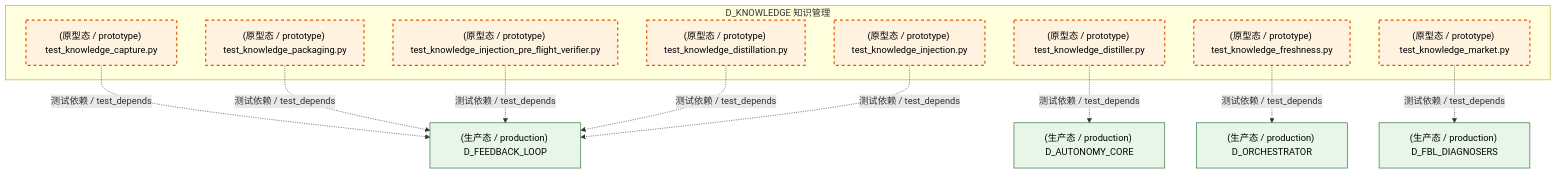
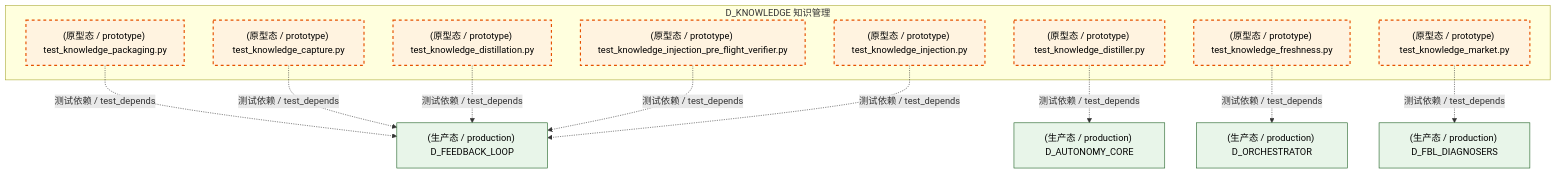
The second of 5 diagrams in docs/02_enterprise_architecture/02_domain_architecture_docs/48_d_knowledge.md (xuanFelixVan/ZephyrAlpha), drawn with Mermaid before and after one commit. The commit also changed other lines of this file and 100 other files, not shown here.

````diff
--- a/docs/02_enterprise_architecture/02_domain_architecture_docs/48_d_knowledge.md
+++ b/docs/02_enterprise_architecture/02_domain_architecture_docs/48_d_knowledge.md
@@ -176,31 +176,31 @@
 ```mermaid
 graph TD
     subgraph D_KNOWLEDGE["D_KNOWLEDGE 知识管理"]
         tests_knowledge_engine_test_knowledge_capture_py["(原型态 / prototype) test_knowledge_capture.py"]
         tests_knowledge_engine_test_knowledge_distillation_py["(原型态 / prototype) test_knowledge_distillation.py"]
         tests_knowledge_engine_test_knowledge_distiller_py["(原型态 / prototype) test_knowledge_distiller.py"]
         tests_knowledge_engine_test_knowledge_freshness_py["(原型态 / prototype) test_knowledge_freshness.py"]
         tests_knowledge_engine_test_knowledge_injection_py["(原型态 / prototype) test_knowledge_injection.py"]
         tests_knowledge_engine_test_knowledge_injection_pre_flight_verifier_py["(原型态 / prototype) test_knowledge_injection_pre_flight_verifier.py"]
         tests_knowledge_engine_test_knowledge_market_py["(原型态 / prototype) test_knowledge_market.py"]
         tests_knowledge_engine_test_knowledge_packaging_py["(原型态 / prototype) test_knowledge_packaging.py"]
     end
+    D_FEEDBACK_LOOP["(生产态 / production) D_FEEDBACK_LOOP"]
+    tests_knowledge_engine_test_knowledge_packaging_py -.->|测试依赖 / test_depends| D_FEEDBACK_LOOP
+    D_AUTONOMY_CORE["(生产态 / production) D_AUTONOMY_CORE"]
+    tests_knowledge_engine_test_knowledge_distiller_py -.->|测试依赖 / test_depends| D_AUTONOMY_CORE
+    tests_knowledge_engine_test_knowledge_capture_py -.->|测试依赖 / test_depends| D_FEEDBACK_LOOP
+    tests_knowledge_engine_test_knowledge_distillation_py -.->|测试依赖 / test_depends| D_FEEDBACK_LOOP
     D_FBL_DIAGNOSERS["(生产态 / production) D_FBL_DIAGNOSERS"]
     tests_knowledge_engine_test_knowledge_market_py -.->|测试依赖 / test_depends| D_FBL_DIAGNOSERS
-    D_AUTONOMY_CORE["(生产态 / production) D_AUTONOMY_CORE"]
-    tests_knowledge_engine_test_knowledge_distiller_py -.->|测试依赖 / test_depends| D_AUTONOMY_CORE
-    D_FEEDBACK_LOOP["(生产态 / production) D_FEEDBACK_LOOP"]
-    tests_knowledge_engine_test_knowledge_capture_py -.->|测试依赖 / test_depends| D_FEEDBACK_LOOP
-    tests_knowledge_engine_test_knowledge_packaging_py -.->|测试依赖 / test_depends| D_FEEDBACK_LOOP
     tests_knowledge_engine_test_knowledge_injection_pre_flight_verifier_py -.->|测试依赖 / test_depends| D_FEEDBACK_LOOP
-    tests_knowledge_engine_test_knowledge_distillation_py -.->|测试依赖 / test_depends| D_FEEDBACK_LOOP
     tests_knowledge_engine_test_knowledge_injection_py -.->|测试依赖 / test_depends| D_FEEDBACK_LOOP
     D_ORCHESTRATOR["(生产态 / production) D_ORCHESTRATOR"]
     tests_knowledge_engine_test_knowledge_freshness_py -.->|测试依赖 / test_depends| D_ORCHESTRATOR
     classDef production fill:#e1f5fe,stroke:#01579b,stroke-width:2px,color:#000
     classDef design fill:#fff3e0,stroke:#e65100,stroke-width:2px,color:#000,stroke-dasharray: 5 5
     classDef external_prod fill:#e8f5e9,stroke:#1b5e20,stroke-width:1px,color:#000
     classDef external_design fill:#fce4ec,stroke:#880e4f,stroke-width:1px,color:#000,stroke-dasharray: 5 5
     class tests_knowledge_engine_test_knowledge_capture_py,tests_knowledge_engine_test_knowledge_distillation_py,tests_knowledge_engine_test_knowledge_distiller_py,tests_knowledge_engine_test_knowledge_freshness_py,tests_knowledge_engine_test_knowledge_injection_py,tests_knowledge_engine_test_knowledge_injection_pre_flight_verifier_py,tests_knowledge_engine_test_knowledge_market_py,tests_knowledge_engine_test_knowledge_packaging_py design
-    class D_FBL_DIAGNOSERS,D_AUTONOMY_CORE,D_FEEDBACK_LOOP,D_ORCHESTRATOR external_prod
+    class D_FEEDBACK_LOOP,D_AUTONOMY_CORE,D_FBL_DIAGNOSERS,D_ORCHESTRATOR external_prod
 ```
````
